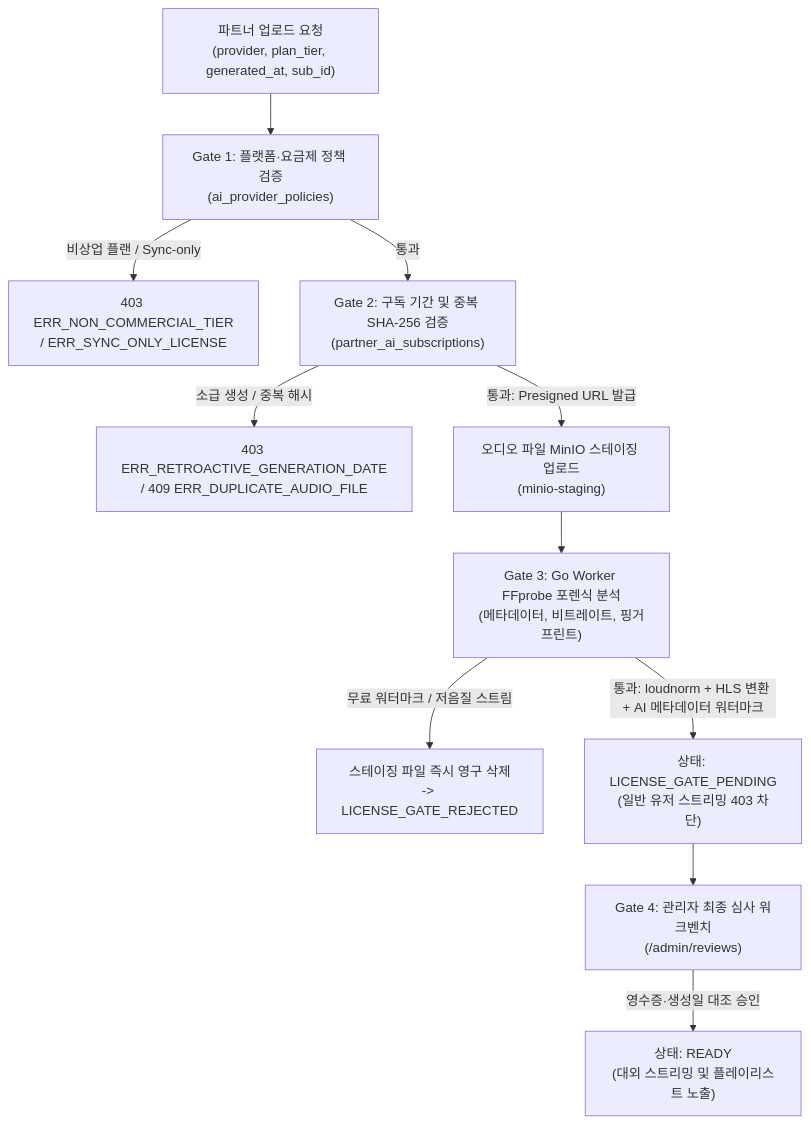
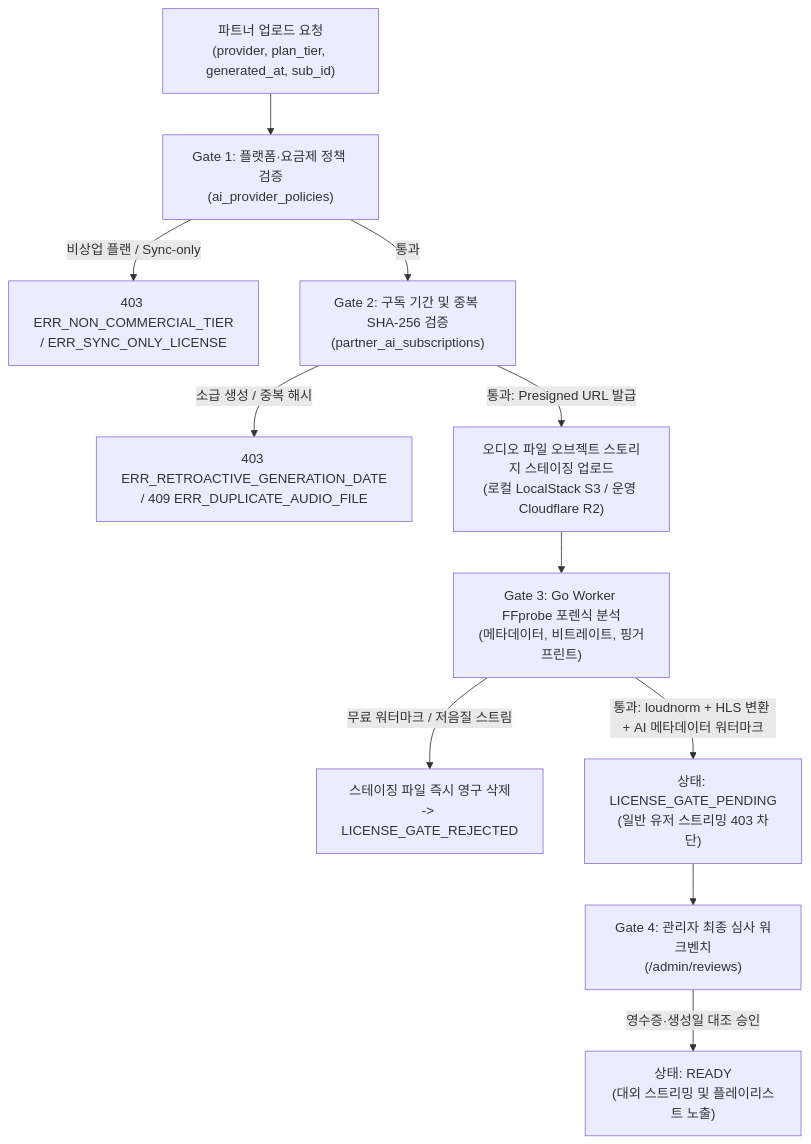
Before and after one commit to dnjstjq0824-byte/aimusic: the diagram in README.md, drawn with Mermaid. The commit also changed other lines of this file and 26 other files, not shown here.

````diff
--- a/README.md
+++ b/README.md
@@ -12,13 +12,13 @@
 ```mermaid
 flowchart TD
   UploadReq["파트너 업로드 요청<br/>(provider, plan_tier, generated_at, sub_id)"] --> Gate1["Gate 1: 플랫폼·요금제 정책 검증<br/>(ai_provider_policies)"]
   Gate1 -->|비상업 플랜 / Sync-only| Block1["403 ERR_NON_COMMERCIAL_TIER<br/>/ ERR_SYNC_ONLY_LICENSE"]
   Gate1 -->|통과| Gate2["Gate 2: 구독 기간 및 중복 SHA-256 검증<br/>(partner_ai_subscriptions)"]
   Gate2 -->|소급 생성 / 중복 해시| Block2["403 ERR_RETROACTIVE_GENERATION_DATE<br/>/ 409 ERR_DUPLICATE_AUDIO_FILE"]
-  Gate2 -->|통과: Presigned URL 발급| Staging["오디오 파일 MinIO 스테이징 업로드<br/>(minio-staging)"]
+  Gate2 -->|통과: Presigned URL 발급| Staging["오디오 파일 오브젝트 스토리지 스테이징 업로드<br/>(로컬 LocalStack S3 / 운영 Cloudflare R2)"]
   Staging --> Gate3["Gate 3: Go Worker FFprobe 포렌식 분석<br/>(메타데이터, 비트레이트, 핑거프린트)"]
   Gate3 -->|무료 워터마크 / 저음질 스트림| Reject3["스테이징 파일 즉시 영구 삭제<br/>-> LICENSE_GATE_REJECTED"]
   Gate3 -->|통과: loudnorm + HLS 변환 + AI 메타데이터 워터마크| Pending["상태: LICENSE_GATE_PENDING<br/>(일반 유저 스트리밍 403 차단)"]
   Pending --> Gate4["Gate 4: 관리자 최종 심사 워크벤치<br/>(/admin/reviews)"]
   Gate4 -->|영수증·생성일 대조 승인| Ready["상태: READY<br/>(대외 스트리밍 및 플레이리스트 노출)"]
 ```
````
